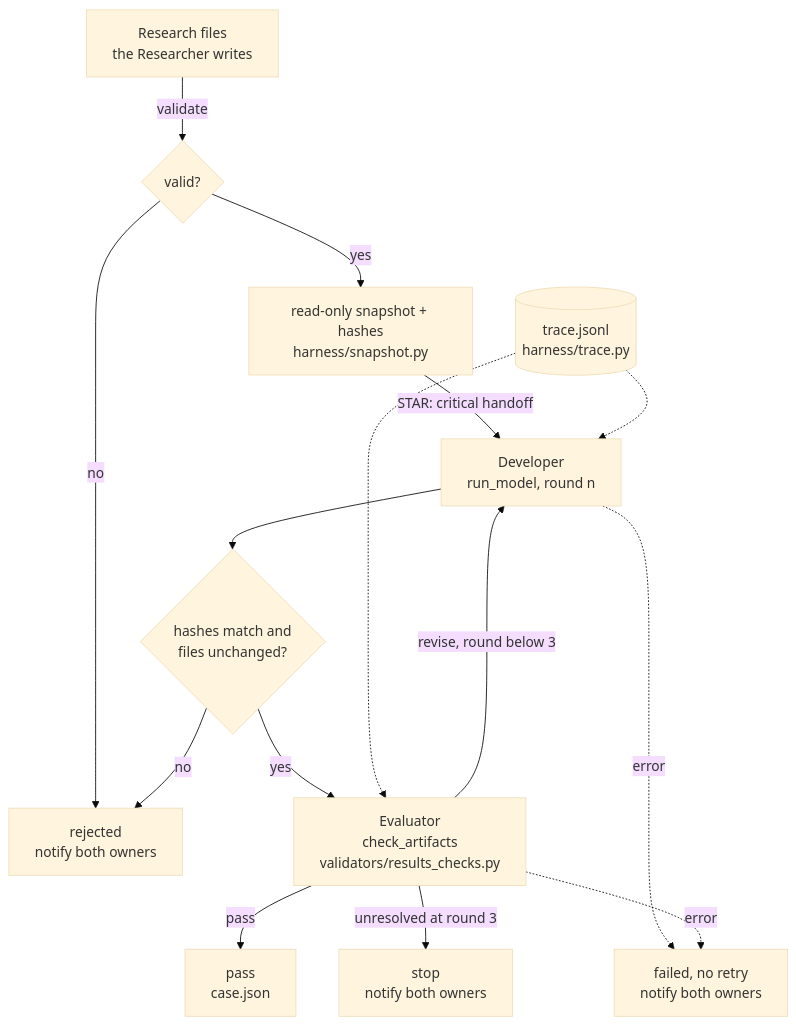
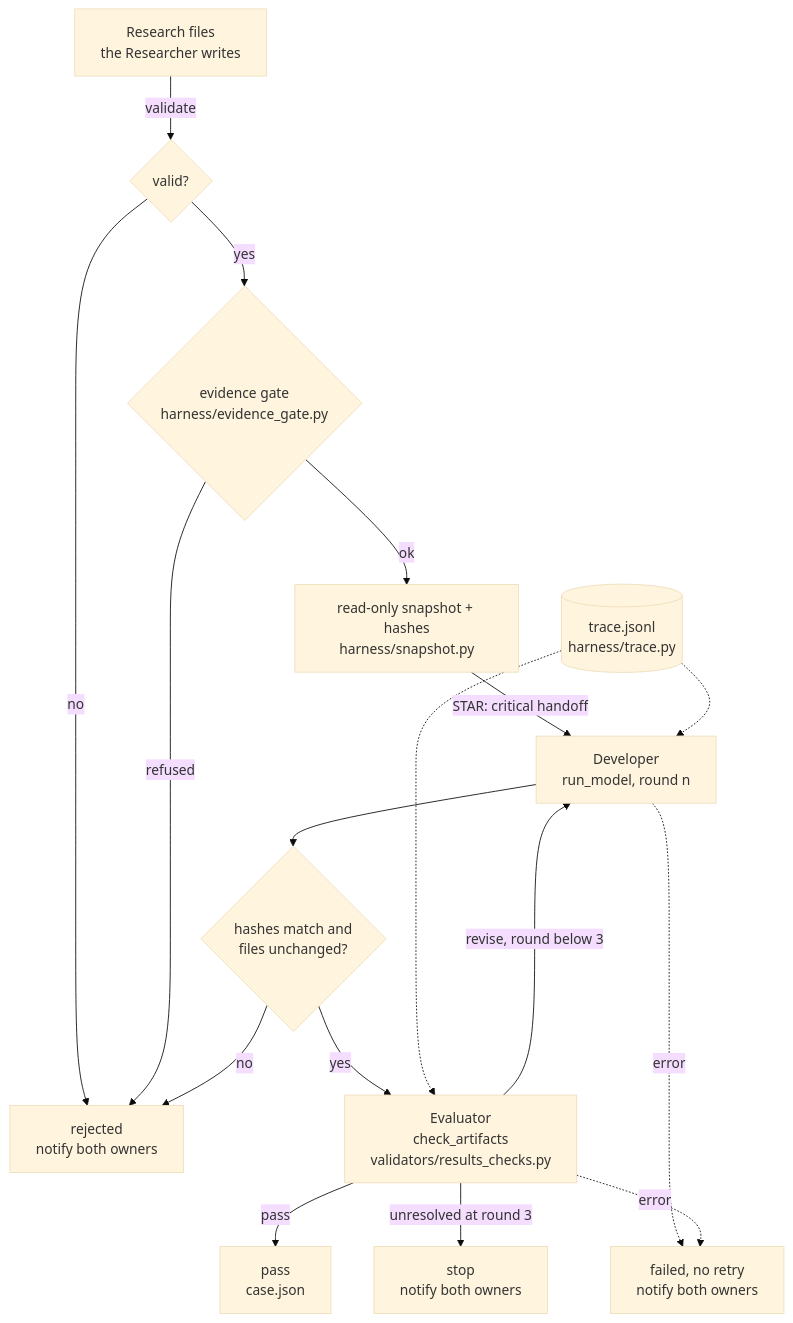
The diagram in docs/harness-skeleton.md (valerie-zandoli/project-resurrection), drawn with Mermaid (base theme) before and after one commit. The commit also changed other lines of this file, not shown here.

Commit message:
Describe the evidence gate in the harness doc

````diff
--- a/docs/harness-skeleton.md
+++ b/docs/harness-skeleton.md
@@ -29,17 +29,19 @@
 ```mermaid
 flowchart TD
   SRC[Research files<br/>the Researcher writes] -->|validate| VAL{valid?}
   VAL -- no --> REJ[rejected<br/>notify both owners]
-  VAL -- yes --> SNAP[read-only snapshot + hashes<br/>harness/snapshot.py]
+  VAL -- yes --> GATE{evidence gate<br/>harness/evidence_gate.py}
+  GATE -- refused --> REJ
+  GATE -- ok --> SNAP[read-only snapshot + hashes<br/>harness/snapshot.py]
   SNAP -->|STAR: critical handoff| DEV[Developer<br/>run_model, round n]
   DEV --> HASH{hashes match and<br/>files unchanged?}
   HASH -- no --> REJ
   HASH -- yes --> EVAL[Evaluator<br/>check_artifacts<br/>validators/results_checks.py]
   EVAL -->|pass| PASS[pass<br/>case.json]
   EVAL -->|revise, round below 3| DEV
   EVAL -->|unresolved at round 3| STOP[stop<br/>notify both owners]
   DEV -.->|error| FAIL[failed, no retry<br/>notify both owners]
   EVAL -.->|error| FAIL
   TRACE[(trace.jsonl<br/>harness/trace.py)] -.-> DEV
   TRACE -.-> EVAL
 ```
````
